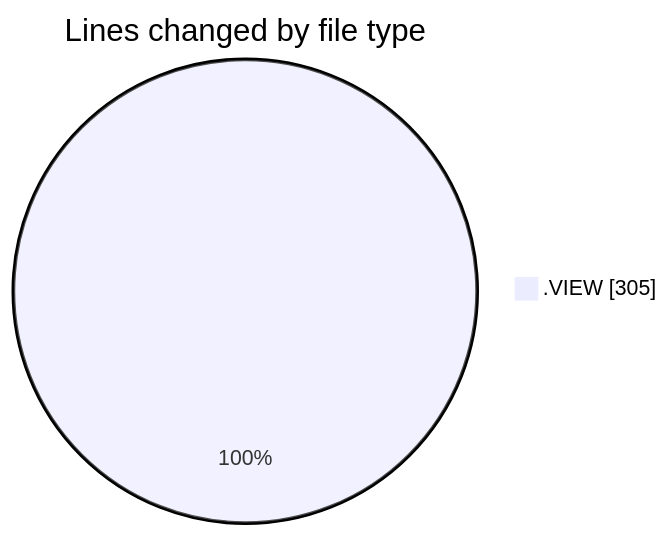
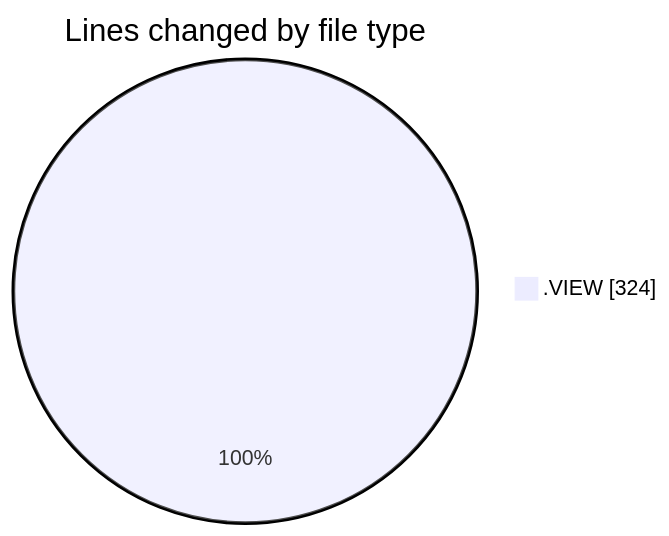
Before and after one commit to ricardozamudiocil/code-tracking: the first of 2 diagrams in 2026-03-13/objetosbd/README.md, drawn with Mermaid. The commit also changed other lines of this file and 1 other file, not shown here.

````diff
--- a/2026-03-13/objetosbd/README.md
+++ b/2026-03-13/objetosbd/README.md
@@ -22,5 +22,5 @@
 ```mermaid
 pie showData
 title Lines changed by file type
-".VIEW" : 305
+".VIEW" : 324
 ```
````
